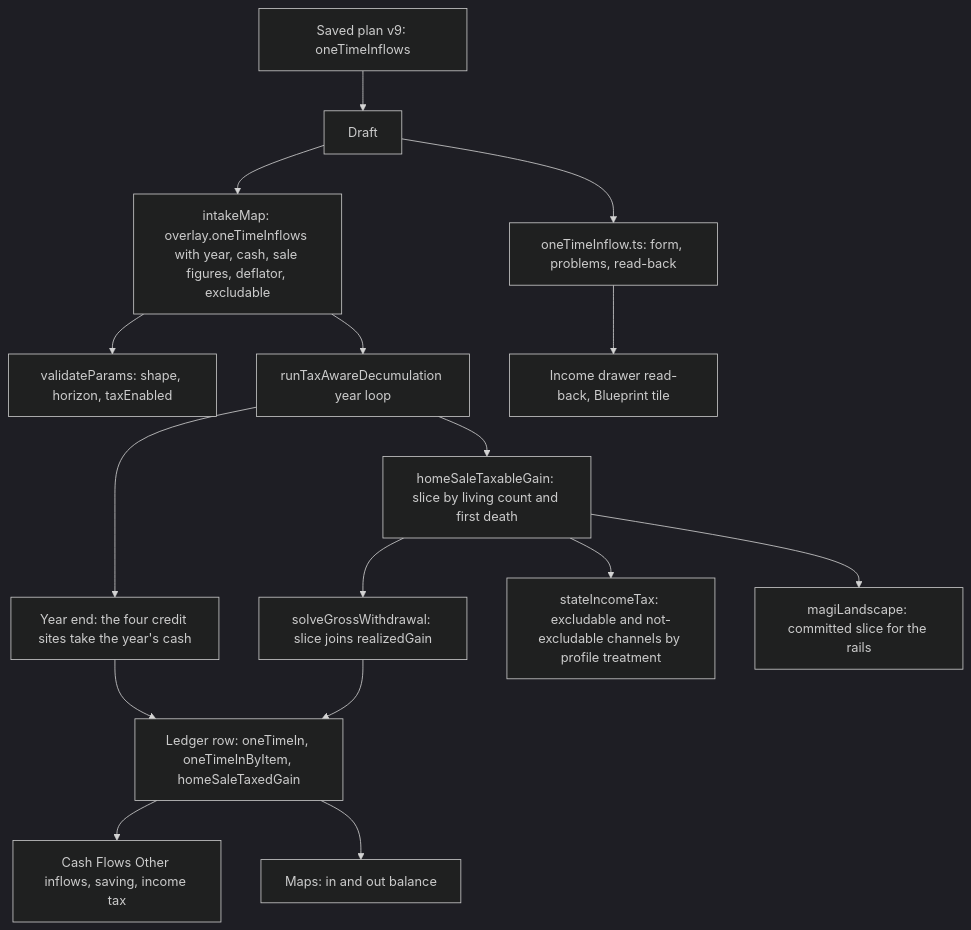
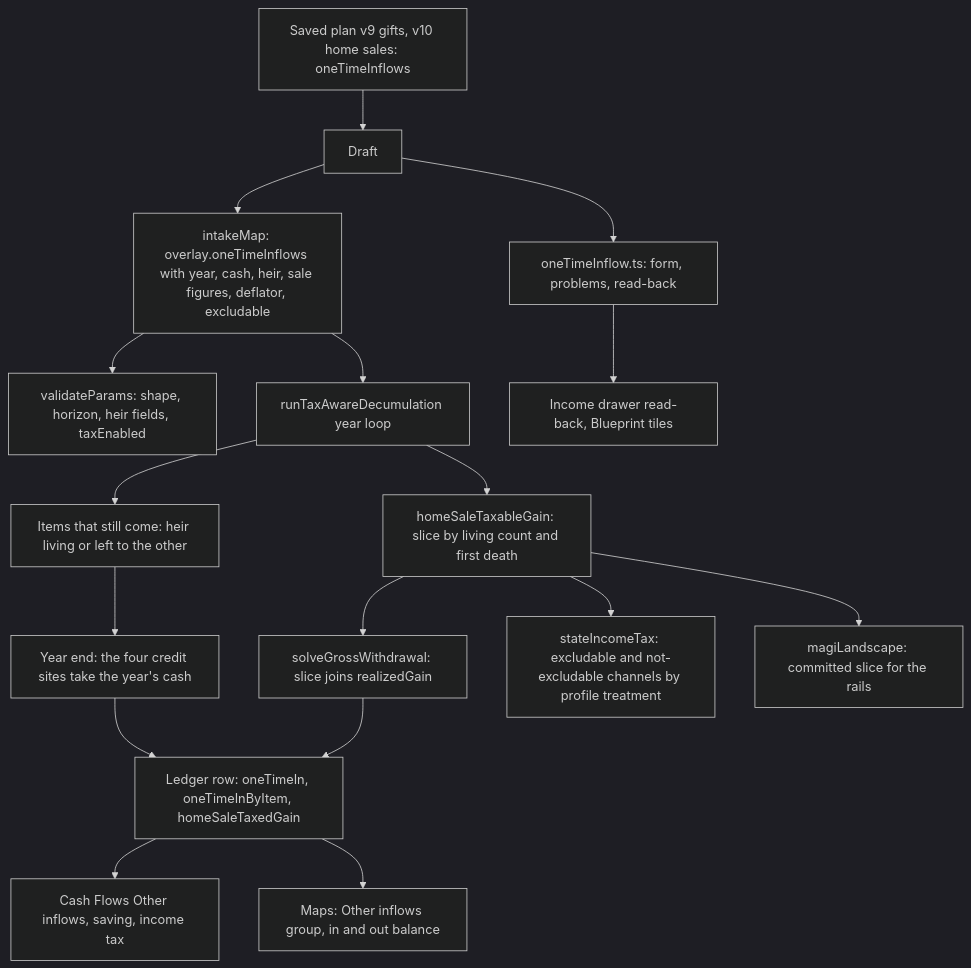
Before and after one commit to mbriggsy/ai-learning-journey: the diagram in projects/the-back-nine/docs/plans/features/one-time-money-in-build-spec.md, drawn with Mermaid (dark theme). The commit also changed other lines of this file, not shown here.

````diff
--- a/projects/the-back-nine/docs/plans/features/one-time-money-in-build-spec.md
+++ b/projects/the-back-nine/docs/plans/features/one-time-money-in-build-spec.md
@@ -132,18 +135,19 @@
 ```mermaid
 flowchart TB
-  S[Saved plan v9: oneTimeInflows] --> D[Draft]
+  S[Saved plan v9 gifts, v10 home sales: oneTimeInflows] --> D[Draft]
   D --> F[oneTimeInflow.ts: form, problems, read-back]
-  D --> P[intakeMap: overlay.oneTimeInflows with year, cash, sale figures, deflator, excludable]
-  P --> V[validateParams: shape, horizon, taxEnabled]
+  D --> P[intakeMap: overlay.oneTimeInflows with year, cash, heir, sale figures, deflator, excludable]
+  P --> V[validateParams: shape, horizon, heir fields, taxEnabled]
   P --> E[runTaxAwareDecumulation year loop]
-  E --> C[Year end: the four credit sites take the year's cash]
+  E --> H[Items that still come: heir living or left to the other]
+  H --> C[Year end: the four credit sites take the year's cash]
   E --> G[homeSaleTaxableGain: slice by living count and first death]
   G --> R[solveGrossWithdrawal: slice joins realizedGain]
   G --> ST[stateIncomeTax: excludable and not-excludable channels by profile treatment]
   G --> L[magiLandscape: committed slice for the rails]
   C --> W[Ledger row: oneTimeIn, oneTimeInByItem, homeSaleTaxedGain]
   R --> W
   W --> CF[Cash Flows Other inflows, saving, income tax]
-  W --> M[Maps: in and out balance]
-  F --> UI[Income drawer read-back, Blueprint tile]
+  W --> M[Maps: Other inflows group, in and out balance]
+  F --> UI[Income drawer read-back, Blueprint tiles]
 ```
````
